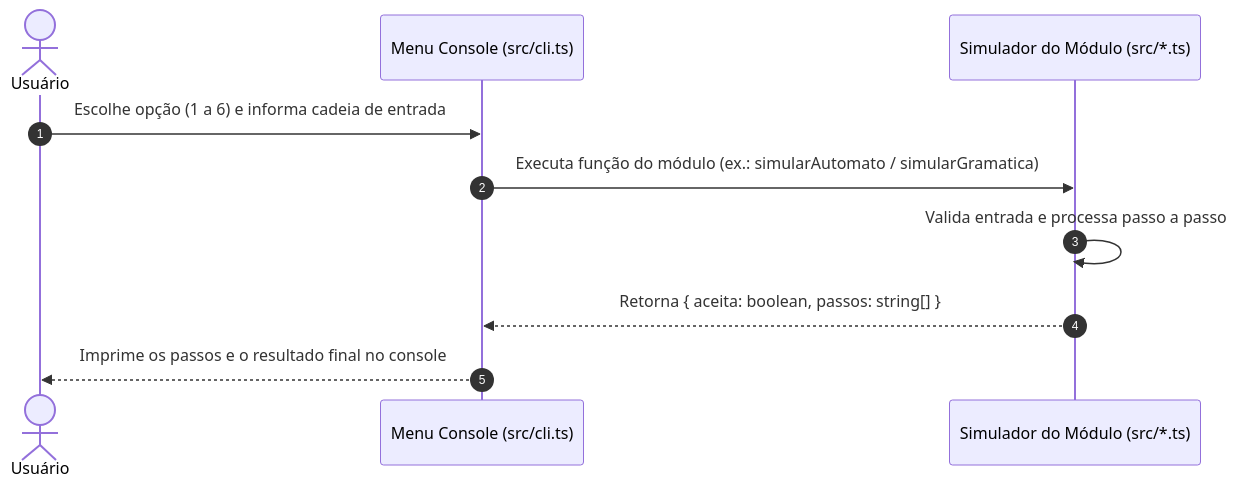
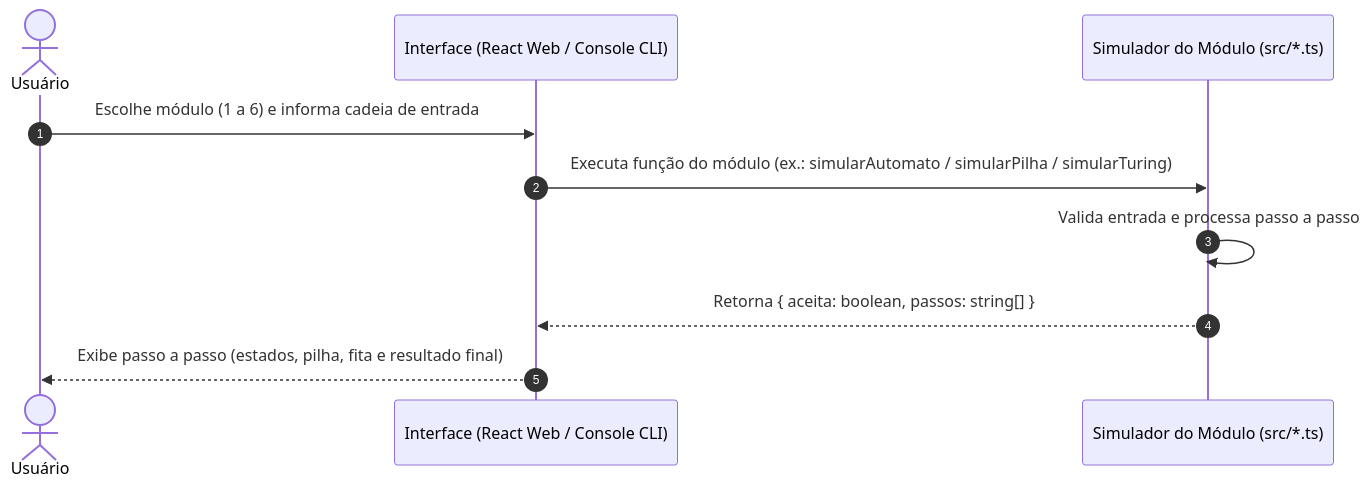
The diagram in docs/uml/sequencia.mmd (gigio-mm/StateLab), drawn with Mermaid before and after one commit. The commit also changed 4 other files, not shown here.

Commit message:
docs: document React web interface and update UML diagrams

```diff
--- a/docs/uml/sequencia.mmd
+++ b/docs/uml/sequencia.mmd
@@ -1,11 +1,11 @@
 sequenceDiagram
   autonumber
   actor Usuario as Usuário
-  participant CLI as Menu Console (src/cli.ts)
+  participant UI as Interface (React Web / Console CLI)
   participant Modulo as Simulador do Módulo (src/*.ts)
 
-  Usuario->>CLI: Escolhe opção (1 a 6) e informa cadeia de entrada
-  CLI->>Modulo: Executa função do módulo (ex.: simularAutomato / simularGramatica)
+  Usuario->>UI: Escolhe módulo (1 a 6) e informa cadeia de entrada
+  UI->>Modulo: Executa função do módulo (ex.: simularAutomato / simularPilha / simularTuring)
   Modulo->>Modulo: Valida entrada e processa passo a passo
-  Modulo-->>CLI: Retorna { aceita: boolean, passos: string[] }
-  CLI-->>Usuario: Imprime os passos e o resultado final no console
+  Modulo-->>UI: Retorna { aceita: boolean, passos: string[] }
+  UI-->>Usuario: Exibe passo a passo (estados, pilha, fita e resultado final)
```
